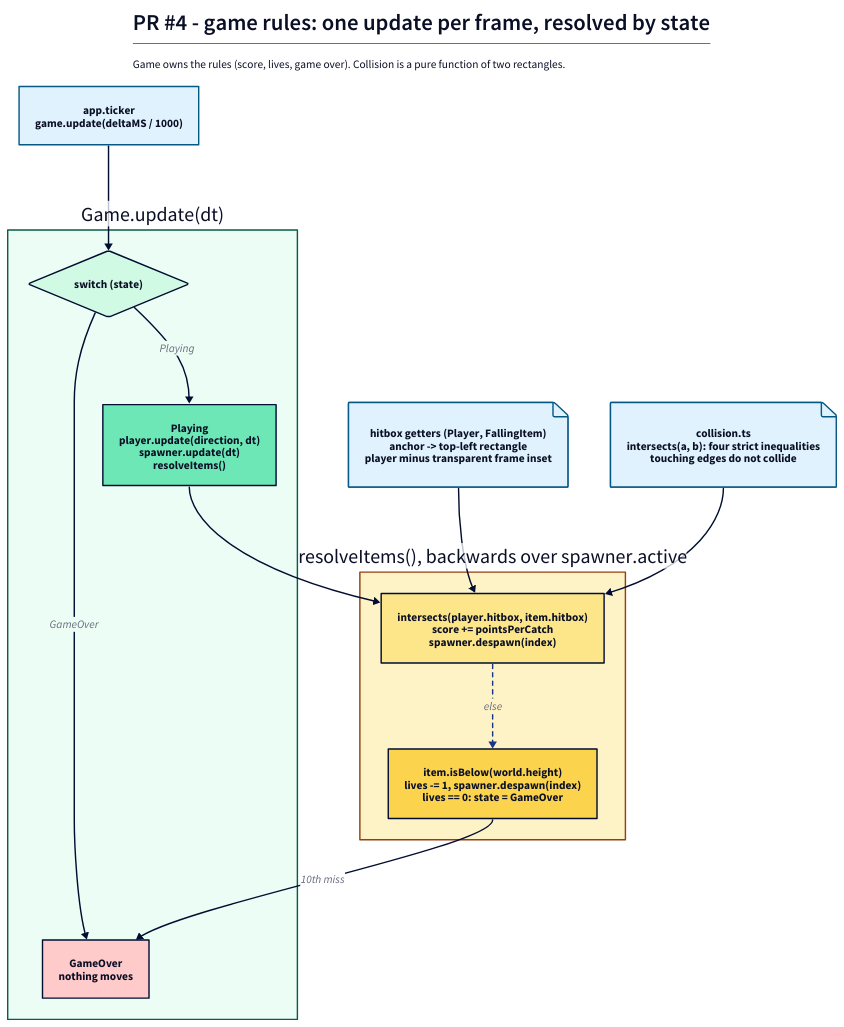
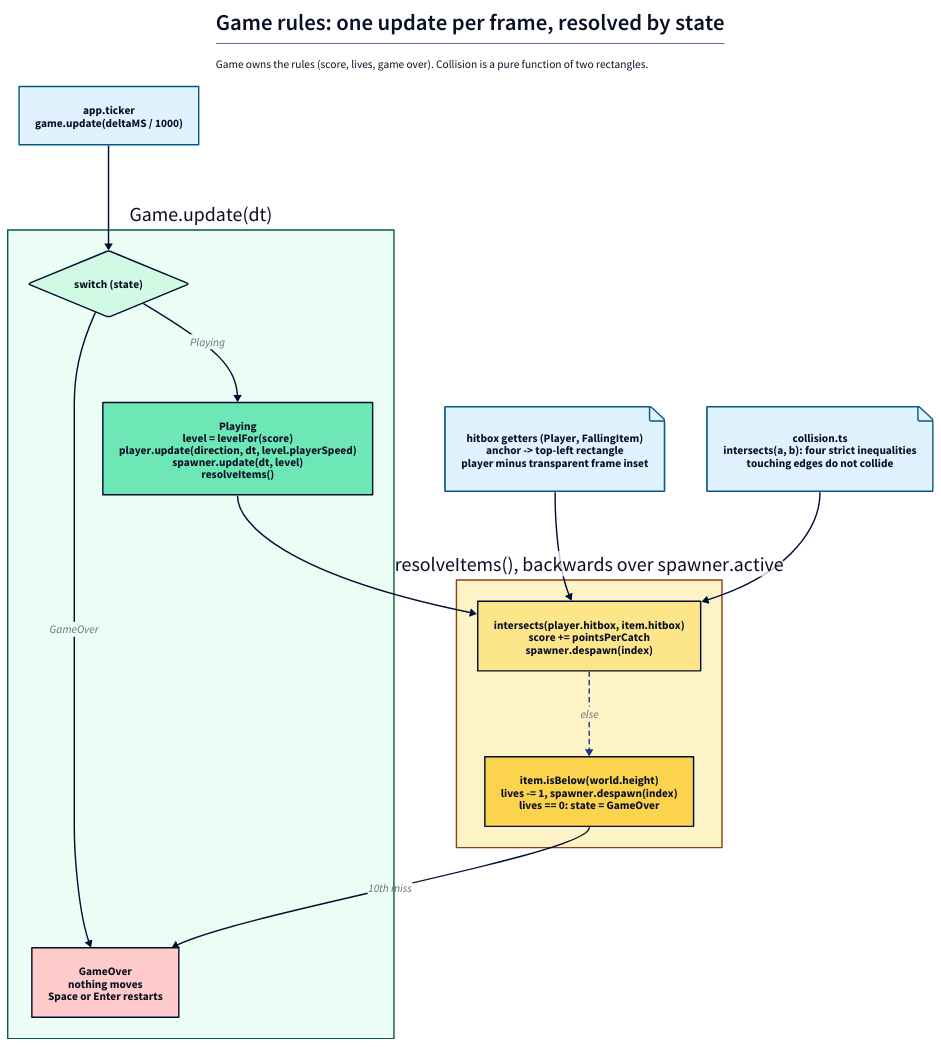
The diagram in docs/diagrams/game-loop.d2 (mdev-co/pixi-catcher), drawn with D2 before and after one commit. The commit also changed 7 other files, not shown here.

First line of the commit message:
docs: readme, screenshot and diagrams that match the code

```diff
--- a/docs/diagrams/game-loop.d2
+++ b/docs/diagrams/game-loop.d2
@@ -1,41 +1,41 @@
 direction: down
 vars: {
   d2-config: {
     theme-id: 8
     pad: 40
   }
 }
 
 title: |md
-  # PR #4 - game rules: one update per frame, resolved by state
+  # Game rules: one update per frame, resolved by state
   Game owns the rules (score, lives, game over). Collision is a pure function of two rectangles.
 | {near: top-center}
 
 ticker: "app.ticker\ngame.update(deltaMS / 1000)" {style.fill: "#e0f2fe"; style.stroke: "#075985"}
 
 game: "Game.update(dt)" {
   style.fill: "#ecfdf5"
   style.stroke: "#065f46"
   state: "switch (state)" {shape: diamond; style.fill: "#d1fae5"}
-  playing: "Playing\nplayer.update(direction, dt)\nspawner.update(dt)\nresolveItems()" {style.fill: "#6ee7b7"}
-  over: "GameOver\nnothing moves" {style.fill: "#fecaca"}
+  playing: "Playing\nlevel = levelFor(score)\nplayer.update(direction, dt, level.playerSpeed)\nspawner.update(dt, level)\nresolveItems()" {style.fill: "#6ee7b7"}
+  over: "GameOver\nnothing moves\nSpace or Enter restarts" {style.fill: "#fecaca"}
   state -> playing: "Playing"
   state -> over: "GameOver"
 }
 
 resolve: "resolveItems(), backwards over spawner.active" {
   style.fill: "#fef3c7"
   style.stroke: "#92400e"
   caught: "intersects(player.hitbox, item.hitbox)\nscore += pointsPerCatch\nspawner.despawn(index)" {style.fill: "#fde68a"}
   missed: "item.isBelow(world.height)\nlives -= 1, spawner.despawn(index)\nlives == 0: state = GameOver" {style.fill: "#fcd34d"}
   caught -> missed: "else" {style.stroke-dash: 3}
 }
 
 hitbox: "hitbox getters (Player, FallingItem)\nanchor -> top-left rectangle\nplayer minus transparent frame inset" {shape: page; style.fill: "#e0f2fe"; style.stroke: "#075985"}
 collision: "collision.ts\nintersects(a, b): four strict inequalities\ntouching edges do not collide" {shape: page; style.fill: "#e0f2fe"; style.stroke: "#075985"}
 
 ticker -> game.state
 game.playing -> resolve.caught
 hitbox -> resolve.caught
 collision -> resolve.caught
 resolve.missed -> game.over: "10th miss"
```
